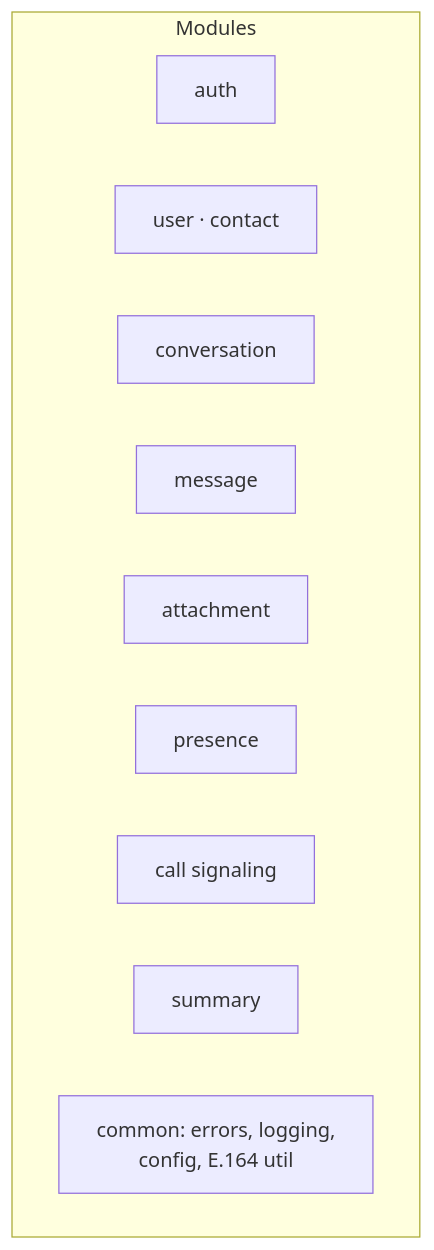
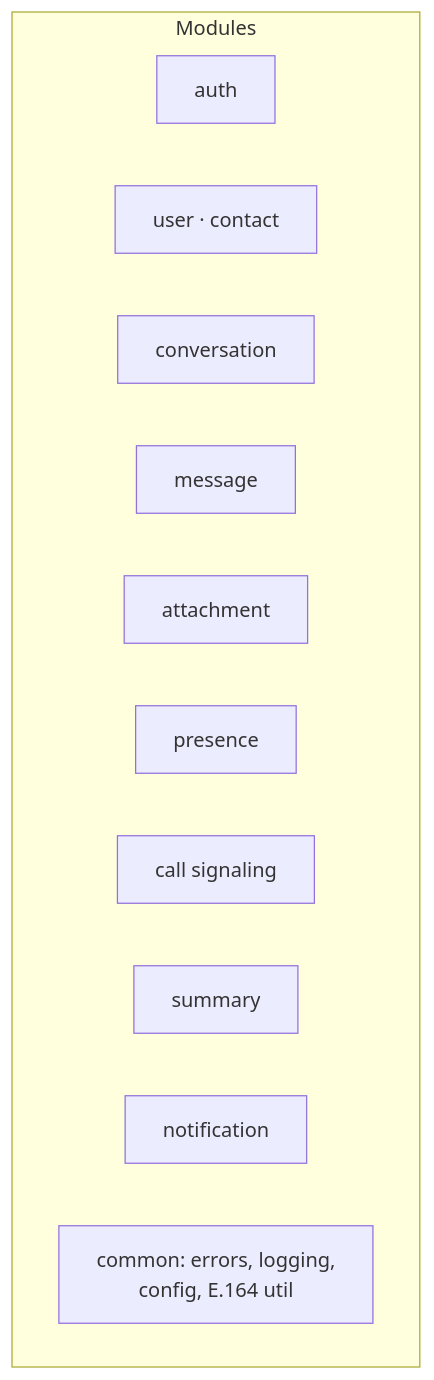
One commit to JasonTM17/Nexachat_AppJ changed the second of 3 diagrams in docs/architecture.md. Above: the diagram before and after it, drawn with Mermaid. The commit also changed other lines of this file and 10 other files, not shown here.

Commit message:
docs: reconcile architectural claims and protocols with shipped source

````diff
--- a/docs/architecture.md
+++ b/docs/architecture.md
@@ -77,14 +78,15 @@
 ```mermaid
 flowchart TB
     subgraph Mod["Modules"]
         AUTH["auth"]
         USER["user · contact"]
         CONV["conversation"]
         MSG["message"]
         ATT["attachment"]
         PRES["presence"]
         CALL["call signaling"]
         SUM["summary"]
+        NOTIF["notification"]
         COMMON["common: errors, logging,<br/>config, E.164 util"]
     end
 ```
````
